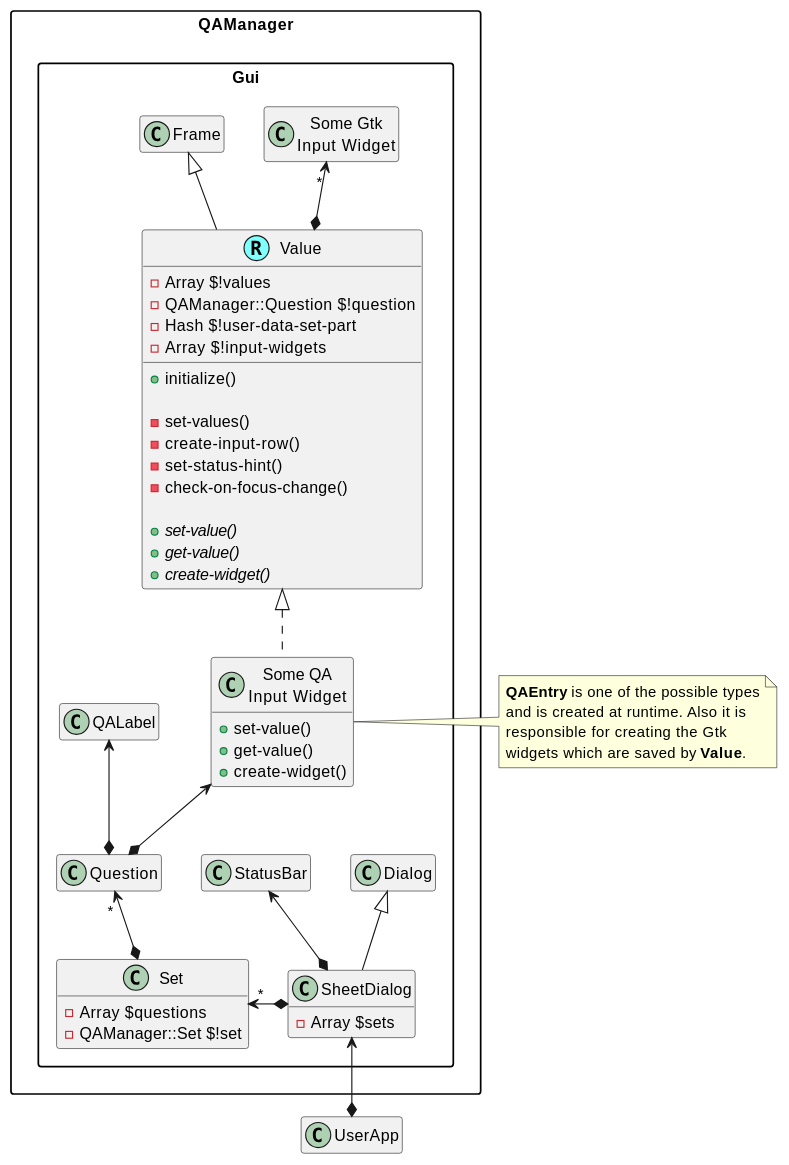
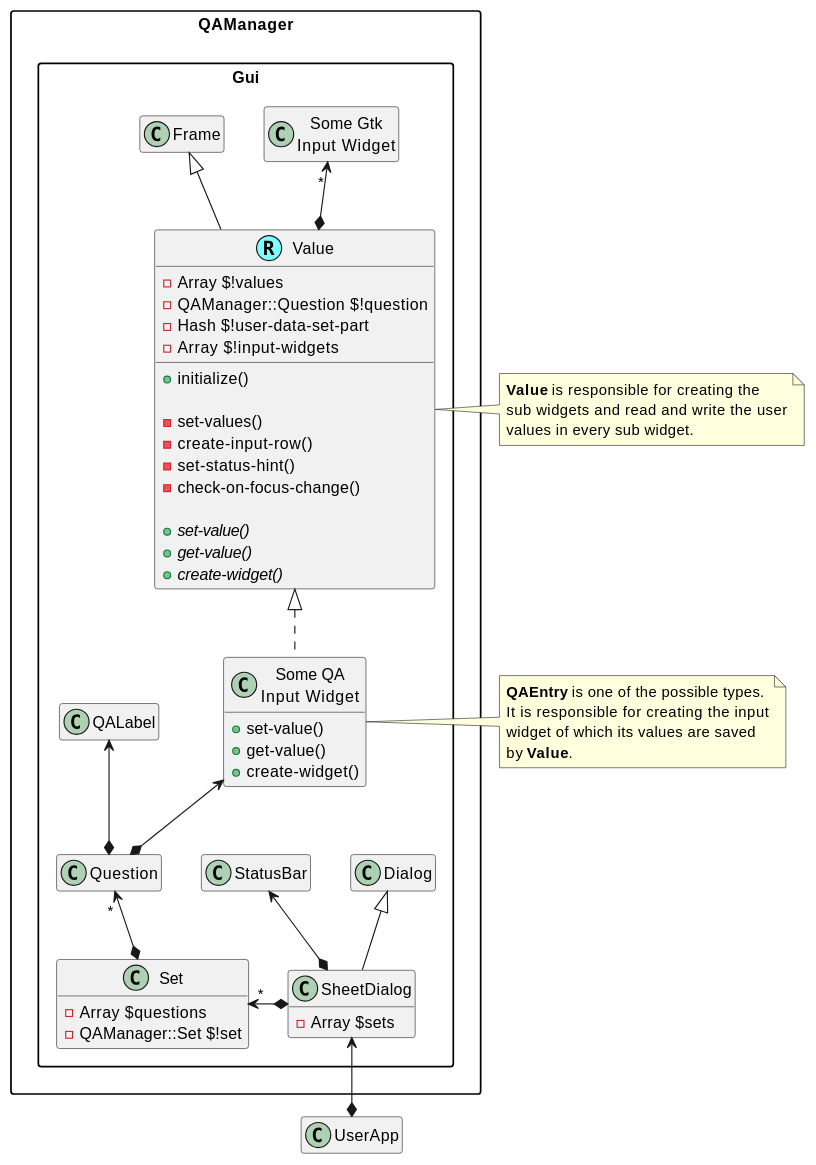
The diagram in doc/plantuml/SheetDialog.md (MARTIMM/qa-manager), drawn with PlantUML before and after one commit.

Commit message:
notes in uml diagram

````diff
--- a/doc/plantuml/SheetDialog.md
+++ b/doc/plantuml/SheetDialog.md
@@ -1,70 +1,72 @@
 ```plantuml
 @startuml
 'scale 0.9
 skinparam packageStyle rectangle
 skinparam stereotypeCBackgroundColor #80ffff
 set namespaceSeparator ::
 hide empty members
 
 'class QAManager::Gui::Frame <<(R,#80ffff)>>
 'class QAManager::Gui::Repeat <<(R,#80ffff)>>
 
 class QAManager::Gui::Value <<(R,#80ffff)>> {
   +initialize()
 
   -set-values()
   -create-input-row()
   -set-status-hint()
   -check-on-focus-change()
 
   +{abstract} set-value()
   +{abstract} get-value()
 '  +{abstract} check-value()
   +{abstract} create-widget()
 
   -Array $!values
   -QAManager::Question $!question
   -Hash $!user-data-set-part
   -Array $!input-widgets
 }
 
+note right of QAManager::Gui::Value : <b>Value</b> is responsible for creating the\nsub widgets and read and write the user\nvalues in every sub widget.
+
 class "Some Gtk\nInput Widget" as QAManager::Gui::GtkIOWidget
 
 class "Some QA\nInput Widget" as QAManager::Gui::QAIOWidget {
   +set-value()
   +get-value()
 '  +check-value()
   +create-widget()
 }
 
-note right of QAManager::Gui::QAIOWidget : <b>QAEntry</b> is one of the possible types\nand is created at runtime. Also it is\nresponsible for creating the Gtk\nwidgets which are saved by <b>Value</b>.
+note right of QAManager::Gui::QAIOWidget : <b>QAEntry</b> is one of the possible types.\nIt is responsible for creating the input\nwidget of which its values are saved\nby <b>Value</b>.
 
 class QAManager::Gui::Set {
   -Array $questions
   -QAManager::Set $!set
 }
 
 class QAManager::Gui::SheetDialog {
   -Array $sets
 }
 
 
 'QAManager::Gui::Set *--> QAManager::Set
 'QAManager::Gui::Repeat <|.. QAManager::Gui::QAIOWidget
 
 QAManager::Gui::Dialog <|-- QAManager::Gui::SheetDialog
 QAManager::Gui::Set "*" <-* QAManager::Gui::SheetDialog
 QAManager::Gui::SheetDialog <--* UserApp
 QAManager::Gui::StatusBar <--* QAManager::Gui::SheetDialog
 
 QAManager::Gui::Value <|.. QAManager::Gui::QAIOWidget
 QAManager::Gui::Frame <|-- QAManager::Gui::Value
 QAManager::Gui::GtkIOWidget "*" <--* QAManager::Gui::Value
 
 QAManager::Gui::QAIOWidget <--* QAManager::Gui::Question
 QAManager::Gui::QALabel <--* QAManager::Gui::Question
 
 QAManager::Gui::Question "*" <--* QAManager::Gui::Set
 
 @enduml
 ```
````
